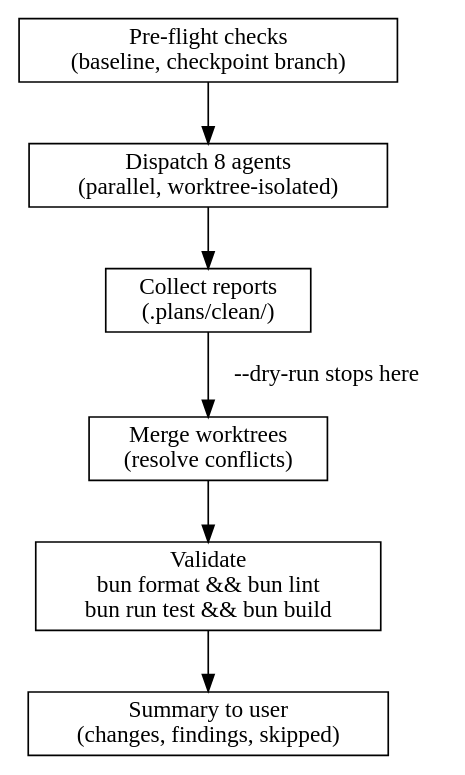
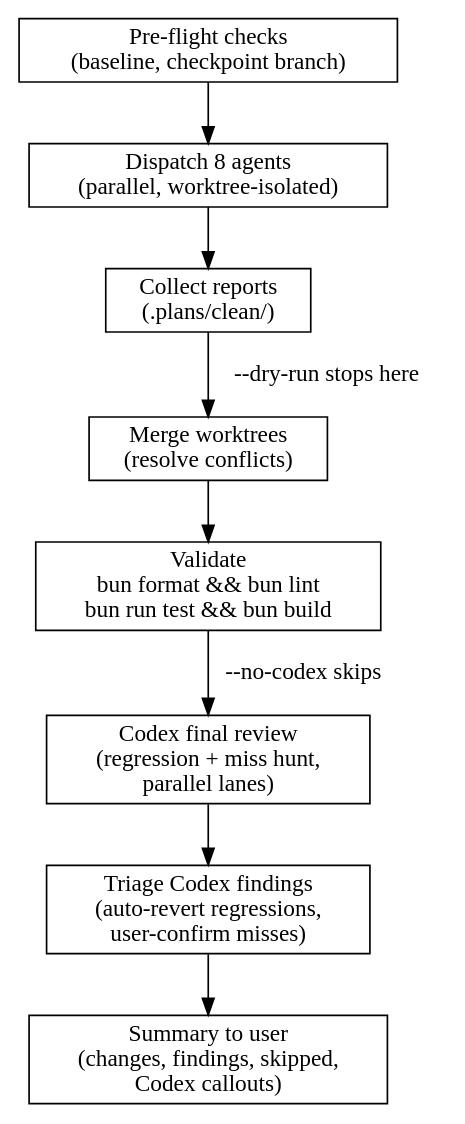
One commit to greenpill-dev-guild/green-goods changed the diagram in .claude/skills/clean/SKILL.md. Above: the diagram before and after it, drawn with Graphviz. The commit also changed other lines of this file and 7 other files, not shown here.

````diff
--- a/.claude/skills/clean/SKILL.md
+++ b/.claude/skills/clean/SKILL.md
@@ -274,17 +275,21 @@
 ```dot
 digraph clean_flow {
     rankdir=TB;
     preflight [label="Pre-flight checks\n(baseline, checkpoint branch)" shape=box];
     dispatch [label="Dispatch 8 agents\n(parallel, worktree-isolated)" shape=box];
     reports [label="Collect reports\n(.plans/clean/)" shape=box];
     merge [label="Merge worktrees\n(resolve conflicts)" shape=box];
     validate [label="Validate\nbun format && bun lint\nbun run test && bun build" shape=box];
-    summary [label="Summary to user\n(changes, findings, skipped)" shape=box];
+    codex [label="Codex final review\n(regression + miss hunt,\nparallel lanes)" shape=box];
+    triage [label="Triage Codex findings\n(auto-revert regressions,\nuser-confirm misses)" shape=box];
+    summary [label="Summary to user\n(changes, findings, skipped,\nCodex callouts)" shape=box];
 
     preflight -> dispatch;
     dispatch -> reports;
     reports -> merge [label="--dry-run stops here"];
     merge -> validate;
-    validate -> summary;
+    validate -> codex [label="--no-codex skips"];
+    codex -> triage;
+    triage -> summary;
 }
 ```
````
